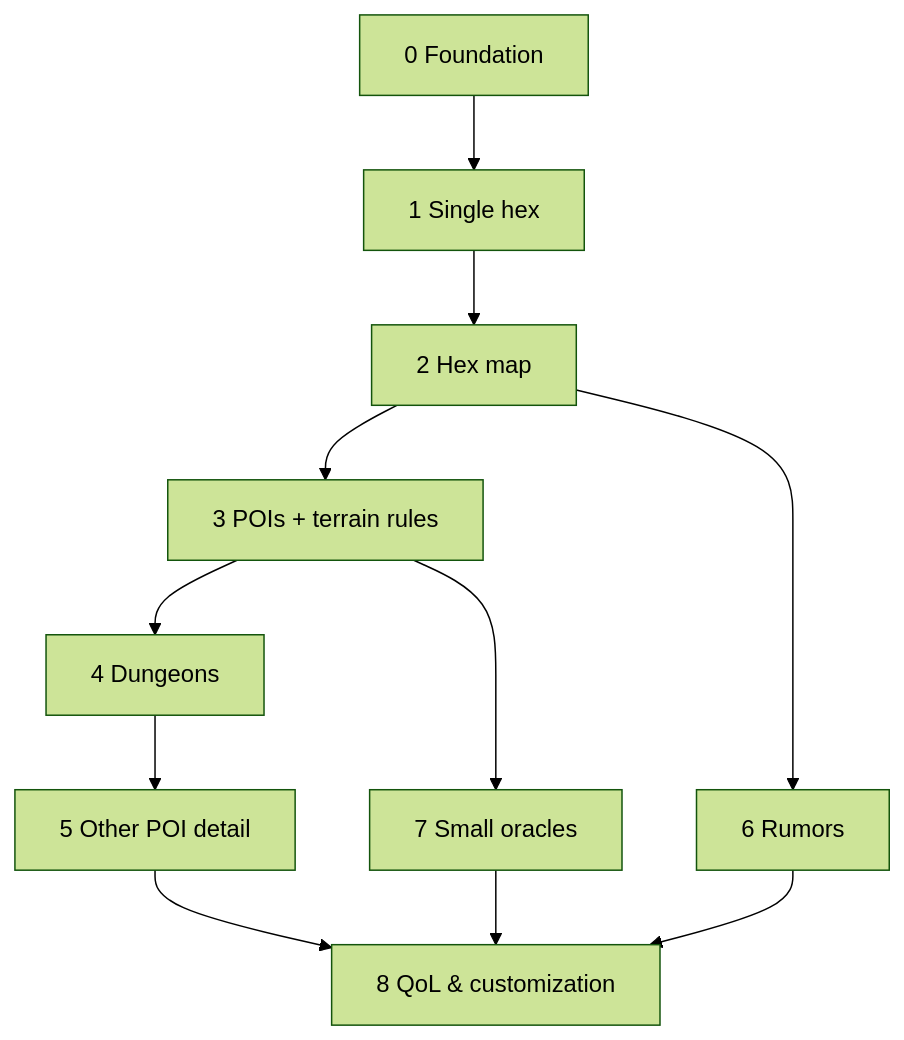
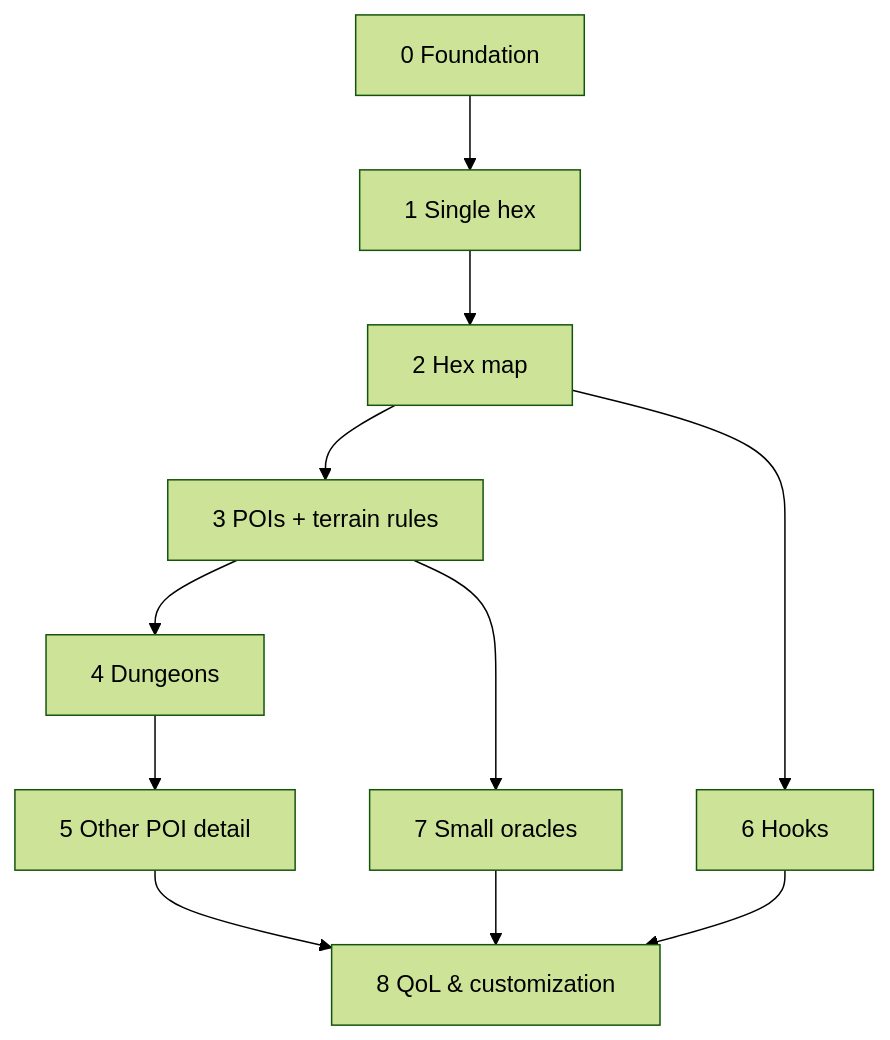
One commit to jon-peel/solopg changed the diagram in PLAN.md. Above: the diagram before and after it, drawn with Mermaid (forest theme). The commit also changed other lines of this file and 31 other files, not shown here.

First line of the commit message:
Phase 6 — Hooks: adventure hooks (schema v6) (#3)

````diff
--- a/PLAN.md
+++ b/PLAN.md
@@ -112,10 +125,10 @@
 ```mermaid
 graph TD
     P0[0 Foundation] --> P1[1 Single hex] --> P2[2 Hex map] --> P3[3 POIs + terrain rules]
     P3 --> P4[4 Dungeons] --> P5[5 Other POI detail]
-    P2 --> P6[6 Rumors]
+    P2 --> P6[6 Hooks]
     P3 --> P7[7 Small oracles]
     P5 --> P8[8 QoL & customization]
     P6 --> P8
     P7 --> P8
 ```
````
